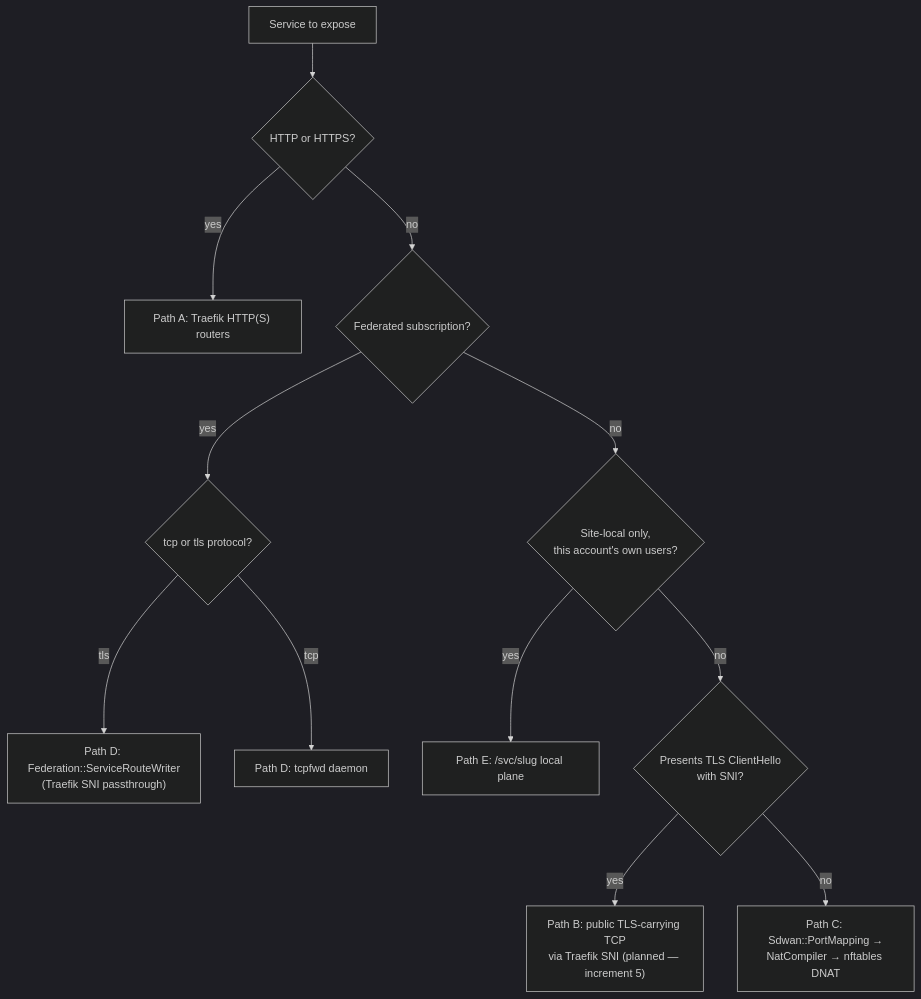
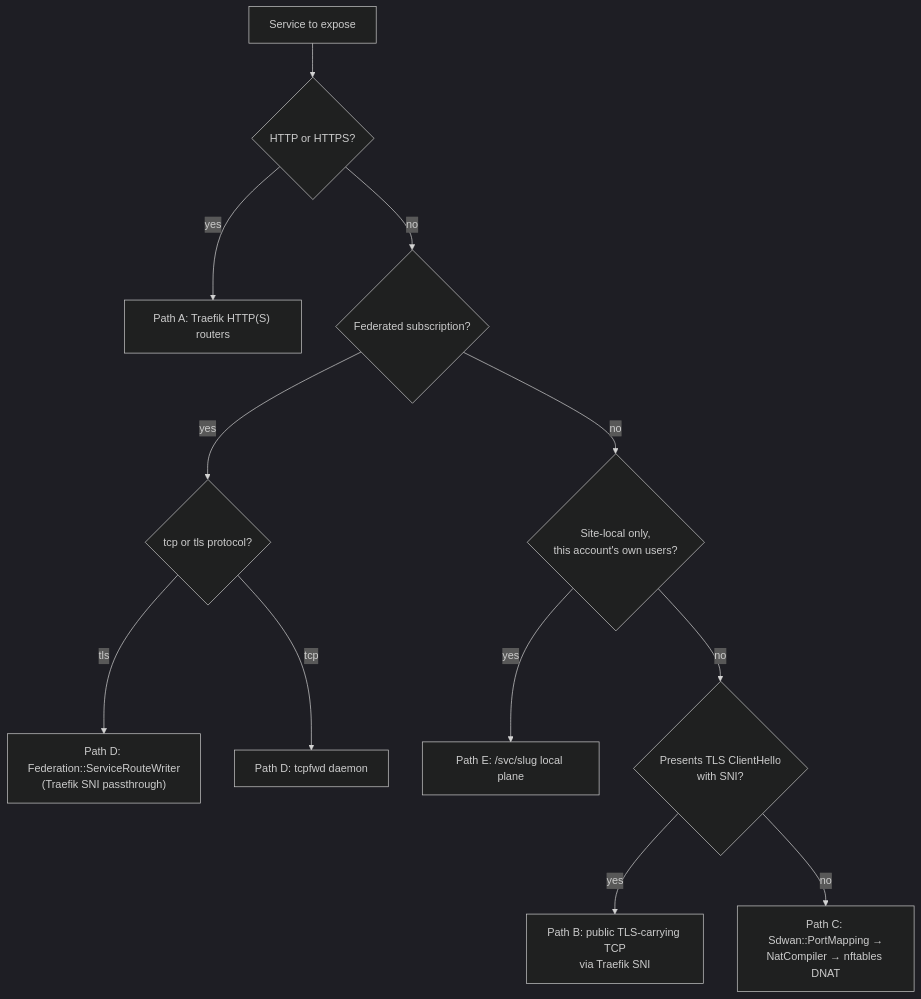
Before and after one commit to nodealchemy/powernode-system: the diagram in docs/runbooks/traefik-tcp-exposure-vs-dnat.md, drawn with Mermaid (dark theme). The commit also changed other lines of this file, not shown here.

First line of the commit message:
docs(runbooks): mark DNAT-tier hardening built (increment 6); Path B status truth

````diff
--- a/docs/runbooks/traefik-tcp-exposure-vs-dnat.md
+++ b/docs/runbooks/traefik-tcp-exposure-vs-dnat.md
@@ -37,14 +37,14 @@
 ```mermaid
 flowchart TD
     Start[Service to expose] --> Q1{HTTP or HTTPS?}
     Q1 -- yes --> PathA["Path A: Traefik HTTP(S) routers"]
     Q1 -- no --> Q2{Federated subscription?}
     Q2 -- yes --> Q3{tcp or tls protocol?}
     Q3 -- tls --> PathD1["Path D: Federation::ServiceRouteWriter<br/>(Traefik SNI passthrough)"]
     Q3 -- tcp --> PathD2["Path D: tcpfwd daemon"]
     Q2 -- no --> Q4{Site-local only,<br/>this account's own users?}
     Q4 -- yes --> PathE["Path E: /svc/slug local plane"]
     Q4 -- no --> Q5{Presents TLS ClientHello<br/>with SNI?}
-    Q5 -- yes --> PathB["Path B: public TLS-carrying TCP<br/>via Traefik SNI (planned — increment 5)"]
+    Q5 -- yes --> PathB["Path B: public TLS-carrying TCP<br/>via Traefik SNI"]
     Q5 -- no --> PathC["Path C: Sdwan::PortMapping →<br/>NatCompiler → nftables DNAT"]
 ```
````
